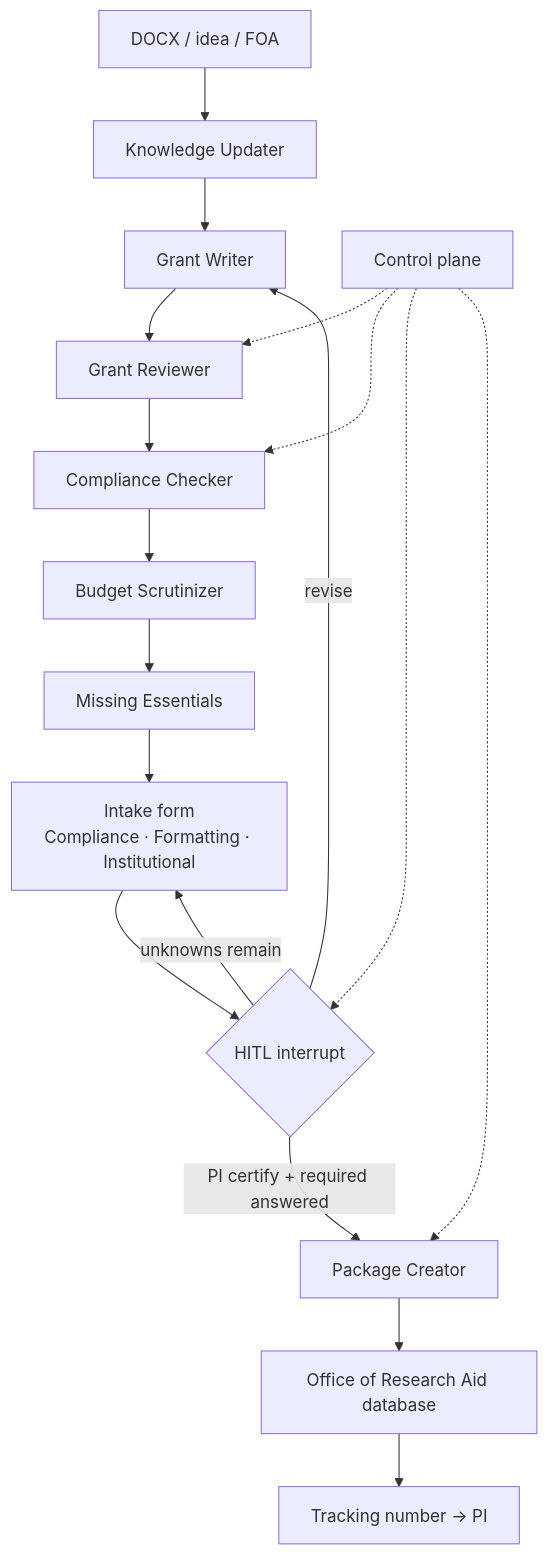
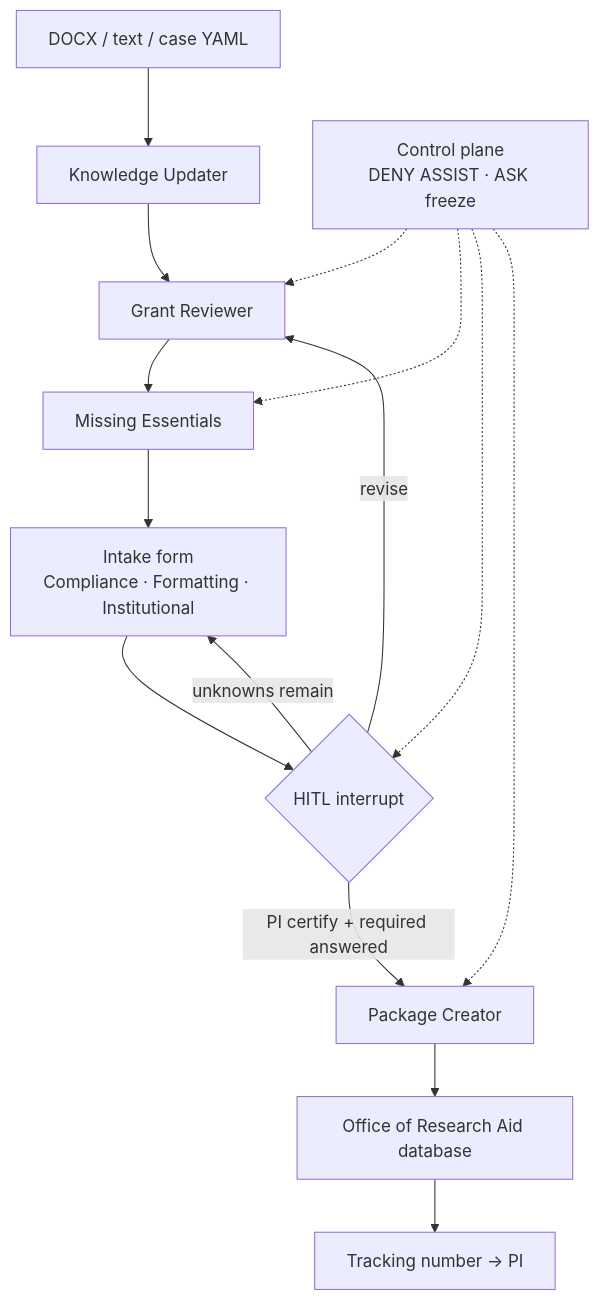
One commit to YPCC/grant-agent-lab changed the third of 6 diagrams in docs/architecture.md. Above: the diagram before and after it, drawn with Mermaid. The commit also changed other lines of this file and 10 other files, not shown here.

First line of the commit message:
Update C4 diagrams and README for the unified GrantGraph

````diff
--- a/docs/architecture.md
+++ b/docs/architecture.md
@@ -67,23 +110,20 @@
 ```mermaid
 flowchart TD
-  IN[DOCX / idea / FOA] --> KU[Knowledge Updater]
-  KU --> WR[Grant Writer]
-  WR --> RV[Grant Reviewer]
-  RV --> CC[Compliance Checker]
-  CC --> BS[Budget Scrutinizer]
-  BS --> ME[Missing Essentials]
+  IN[DOCX / text / case YAML] --> KU[Knowledge Updater]
+  KU --> RV[Grant Reviewer]
+  RV --> ME[Missing Essentials]
   ME --> IF[Intake form<br/>Compliance · Formatting · Institutional]
   IF --> HITL{HITL interrupt}
 
-  HITL -->|revise| WR
+  HITL -->|revise| RV
   HITL -->|PI certify + required answered| PK[Package Creator]
   HITL -->|unknowns remain| IF
 
   PK --> ODB[Office of Research Aid database]
   ODB --> TRACK[Tracking number → PI]
 
-  CP[Control plane] -.-> RV
-  CP -.-> CC
+  CP[Control plane<br/>DENY ASSIST · ASK freeze] -.-> RV
+  CP -.-> ME
   CP -.-> HITL
   CP -.-> PK
 ```
````
